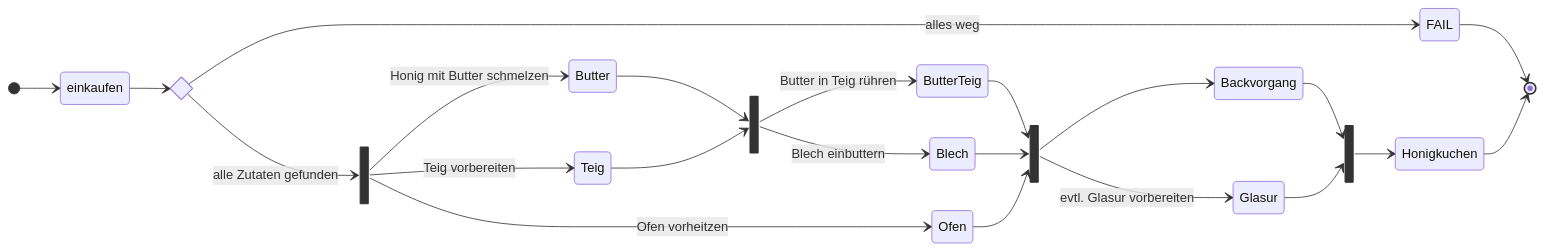
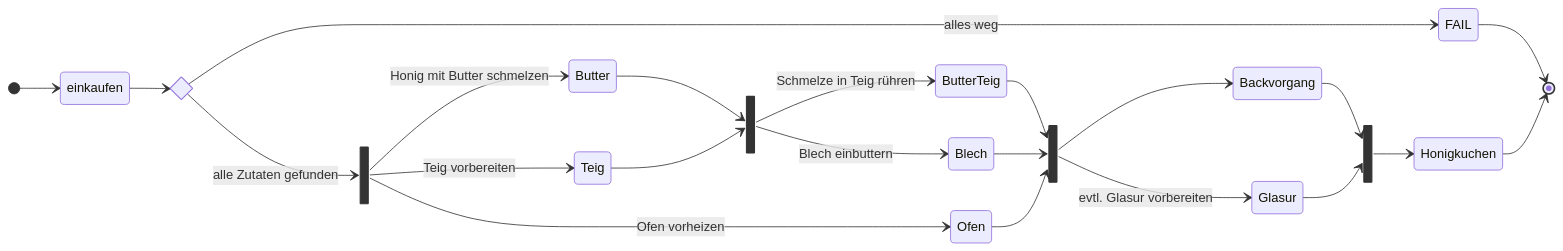
One commit to SchlammSpringer/modern-springboot-with-kotlin changed the diagram in slides.md. Above: the diagram before and after it, drawn with Mermaid.

````diff
--- a/slides.md
+++ b/slides.md
@@ -191,33 +191,33 @@
 ```mermaid
  stateDiagram-v2
     direction LR
     state if_state <<choice>>
     [*] --> einkaufen
     einkaufen --> if_state
     if_state --> FAIL: alles weg
     FAIL --> [*]
     state schritt1 <<fork>>
     if_state --> schritt1 : alle Zutaten gefunden
     schritt1 --> Butter: Honig mit Butter schmelzen
     schritt1 --> Teig: Teig vorbereiten
-    schritt1 --> Ofen: Ofen vorheitzen
+    schritt1 --> Ofen: Ofen vorheizen
 
     state join_schritt1 <<join>>
     Butter --> join_schritt1
     Teig --> join_schritt1
-    join_schritt1 --> ButterTeig: Butter in Teig rühren
+    join_schritt1 --> ButterTeig: Schmelze in Teig rühren
     join_schritt1 --> Blech: Blech einbuttern
 
     state join_all <<join>>
     ButterTeig --> join_all
     Blech --> join_all
     Ofen --> join_all
     join_all --> Backvorgang
     join_all --> Glasur: evtl. Glasur vorbereiten
 
     state join_end <<join>>
     Backvorgang --> join_end
     Glasur --> join_end
     join_end --> Honigkuchen
     Honigkuchen --> [*]
 ```
````
